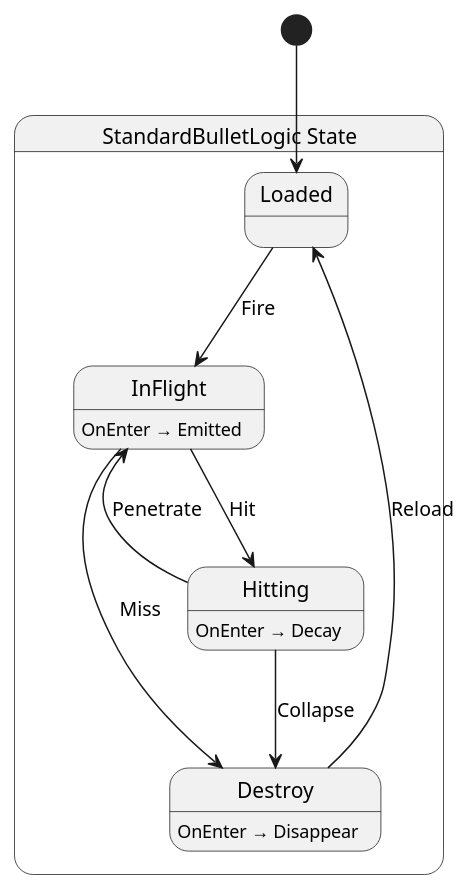
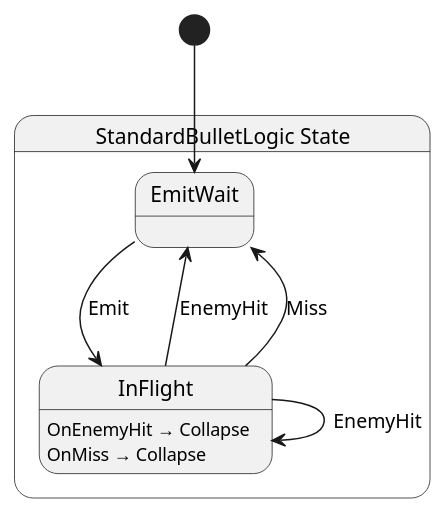
The diagram in src/bullet/abstract/state/StandardBulletLogic.g.puml (Ygoat/EternalJourney), drawn with PlantUML before and after one commit. The commit also changed 8 other files, not shown here.

```diff
--- a/src/bullet/abstract/state/StandardBulletLogic.g.puml
+++ b/src/bullet/abstract/state/StandardBulletLogic.g.puml
@@ -1,21 +1,16 @@
 @startuml StandardBulletLogic
 state "StandardBulletLogic State" as EternalJourney_Bullet_Abstract_State_StandardBulletLogic_State {
-  state "Loaded" as EternalJourney_Bullet_Abstract_State_StandardBulletLogic_State_Loaded
+  state "EmitWait" as EternalJourney_Bullet_Abstract_State_StandardBulletLogic_State_EmitWait
   state "InFlight" as EternalJourney_Bullet_Abstract_State_StandardBulletLogic_State_InFlight
-  state "Hitting" as EternalJourney_Bullet_Abstract_State_StandardBulletLogic_State_Hitting
-  state "Destroy" as EternalJourney_Bullet_Abstract_State_StandardBulletLogic_State_Destroy
 }
 
-EternalJourney_Bullet_Abstract_State_StandardBulletLogic_State_Destroy --> EternalJourney_Bullet_Abstract_State_StandardBulletLogic_State_Loaded : Reload
-EternalJourney_Bullet_Abstract_State_StandardBulletLogic_State_Hitting --> EternalJourney_Bullet_Abstract_State_StandardBulletLogic_State_Destroy : Collapse
-EternalJourney_Bullet_Abstract_State_StandardBulletLogic_State_Hitting --> EternalJourney_Bullet_Abstract_State_StandardBulletLogic_State_InFlight : Penetrate
-EternalJourney_Bullet_Abstract_State_StandardBulletLogic_State_InFlight --> EternalJourney_Bullet_Abstract_State_StandardBulletLogic_State_Destroy : Miss
-EternalJourney_Bullet_Abstract_State_StandardBulletLogic_State_InFlight --> EternalJourney_Bullet_Abstract_State_StandardBulletLogic_State_Hitting : Hit
-EternalJourney_Bullet_Abstract_State_StandardBulletLogic_State_Loaded --> EternalJourney_Bullet_Abstract_State_StandardBulletLogic_State_InFlight : Fire
+EternalJourney_Bullet_Abstract_State_StandardBulletLogic_State_EmitWait --> EternalJourney_Bullet_Abstract_State_StandardBulletLogic_State_InFlight : Emit
+EternalJourney_Bullet_Abstract_State_StandardBulletLogic_State_InFlight --> EternalJourney_Bullet_Abstract_State_StandardBulletLogic_State_EmitWait : EnemyHit
+EternalJourney_Bullet_Abstract_State_StandardBulletLogic_State_InFlight --> EternalJourney_Bullet_Abstract_State_StandardBulletLogic_State_EmitWait : Miss
+EternalJourney_Bullet_Abstract_State_StandardBulletLogic_State_InFlight --> EternalJourney_Bullet_Abstract_State_StandardBulletLogic_State_InFlight : EnemyHit
 
-EternalJourney_Bullet_Abstract_State_StandardBulletLogic_State_Destroy : OnEnter → Disappear
-EternalJourney_Bullet_Abstract_State_StandardBulletLogic_State_Hitting : OnEnter → Decay
-EternalJourney_Bullet_Abstract_State_StandardBulletLogic_State_InFlight : OnEnter → Emitted
+EternalJourney_Bullet_Abstract_State_StandardBulletLogic_State_InFlight : OnEnemyHit → Collapse
+EternalJourney_Bullet_Abstract_State_StandardBulletLogic_State_InFlight : OnMiss → Collapse
 
-[*] --> EternalJourney_Bullet_Abstract_State_StandardBulletLogic_State_Loaded
+[*] --> EternalJourney_Bullet_Abstract_State_StandardBulletLogic_State_EmitWait
 @enduml
```
